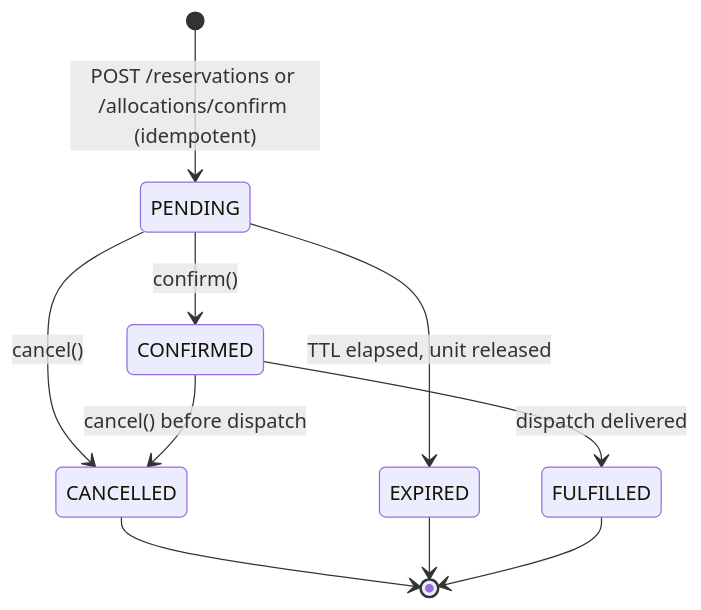
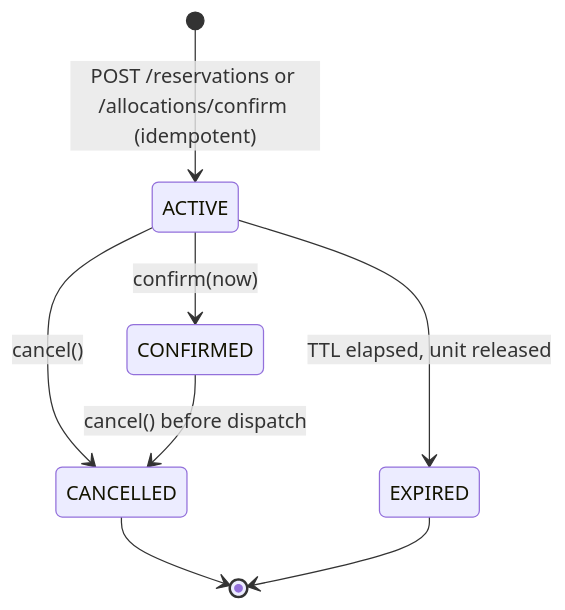
Before and after one commit to karkalashivareddy/Advanced-Object-Oriented-Programming-Project: the eighth of 9 diagrams in project/docs/architecture/UML.md, drawn with Mermaid. The commit also changed other lines of this file and 25 other files, not shown here.

````diff
--- a/project/docs/architecture/UML.md
+++ b/project/docs/architecture/UML.md
@@ -444,12 +482,10 @@
 ```mermaid
 stateDiagram-v2
-    [*] --> PENDING : POST /reservations or /allocations/confirm (idempotent)
-    PENDING --> CONFIRMED : confirm()
-    PENDING --> CANCELLED : cancel()
-    PENDING --> EXPIRED : TTL elapsed, unit released
+    [*] --> ACTIVE : POST /reservations or /allocations/confirm (idempotent)
+    ACTIVE --> CONFIRMED : confirm(now)
+    ACTIVE --> CANCELLED : cancel()
+    ACTIVE --> EXPIRED : TTL elapsed, unit released
     CONFIRMED --> CANCELLED : cancel() before dispatch
-    CONFIRMED --> FULFILLED : dispatch delivered
     CANCELLED --> [*]
     EXPIRED --> [*]
-    FULFILLED --> [*]
 ```
````
